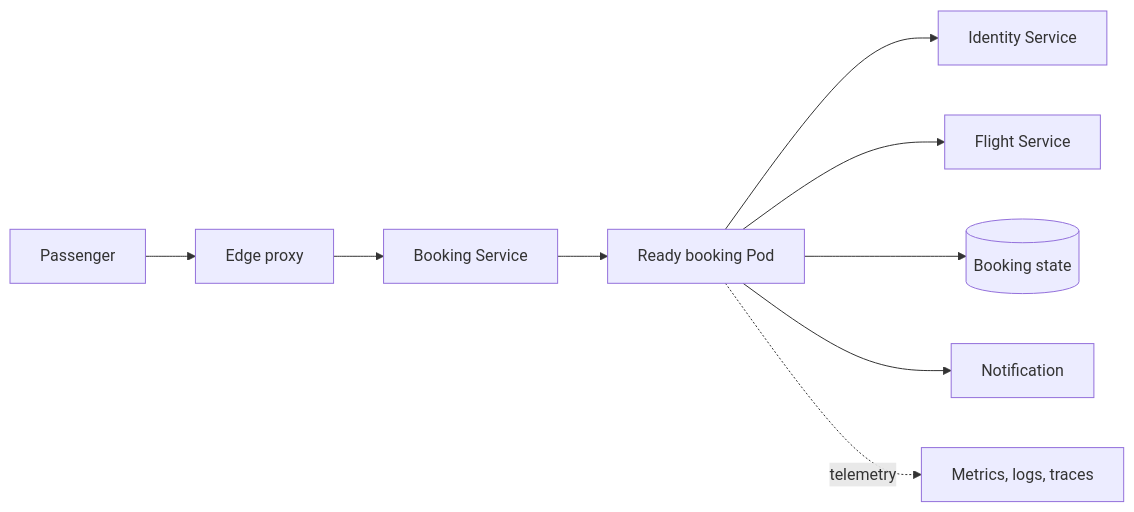
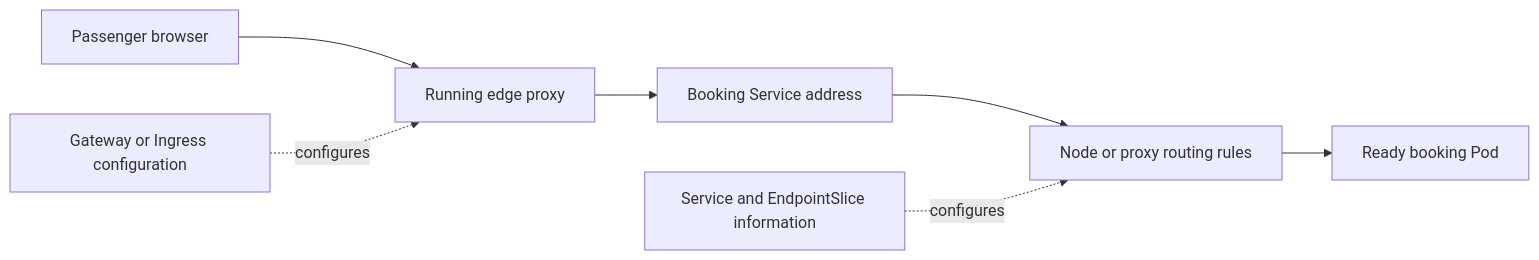
The first of 2 diagrams in docs/learn/capstone/a-booking-through-kubernetes.md (darshan-raul/apollo11-docs), drawn with Mermaid before and after one commit. The commit also changed other lines of this file and 56 other files, not shown here.

````diff
--- a/docs/learn/capstone/a-booking-through-kubernetes.md
+++ b/docs/learn/capstone/a-booking-through-kubernetes.md
@@ -16,11 +44,9 @@
 ```mermaid
 flowchart LR
-  U[Passenger] --> E[Edge proxy]
-  E --> S[Booking Service]
-  S --> P[Ready booking Pod]
-  P --> I[Identity Service]
-  P --> F[Flight Service]
-  P --> D[(Booking state)]
-  P --> N[Notification]
-  P -.telemetry.-> O[Metrics, logs, traces]
+  Browser[Passenger browser] --> Edge[Running edge proxy]
+  Edge --> Address[Booking Service address]
+  Address --> Rules[Node or proxy routing rules]
+  Rules --> Pod[Ready booking Pod]
+  Route[Gateway or Ingress configuration] -.configures.-> Edge
+  Endpoint[Service and EndpointSlice information] -.configures.-> Rules
 ```
````
